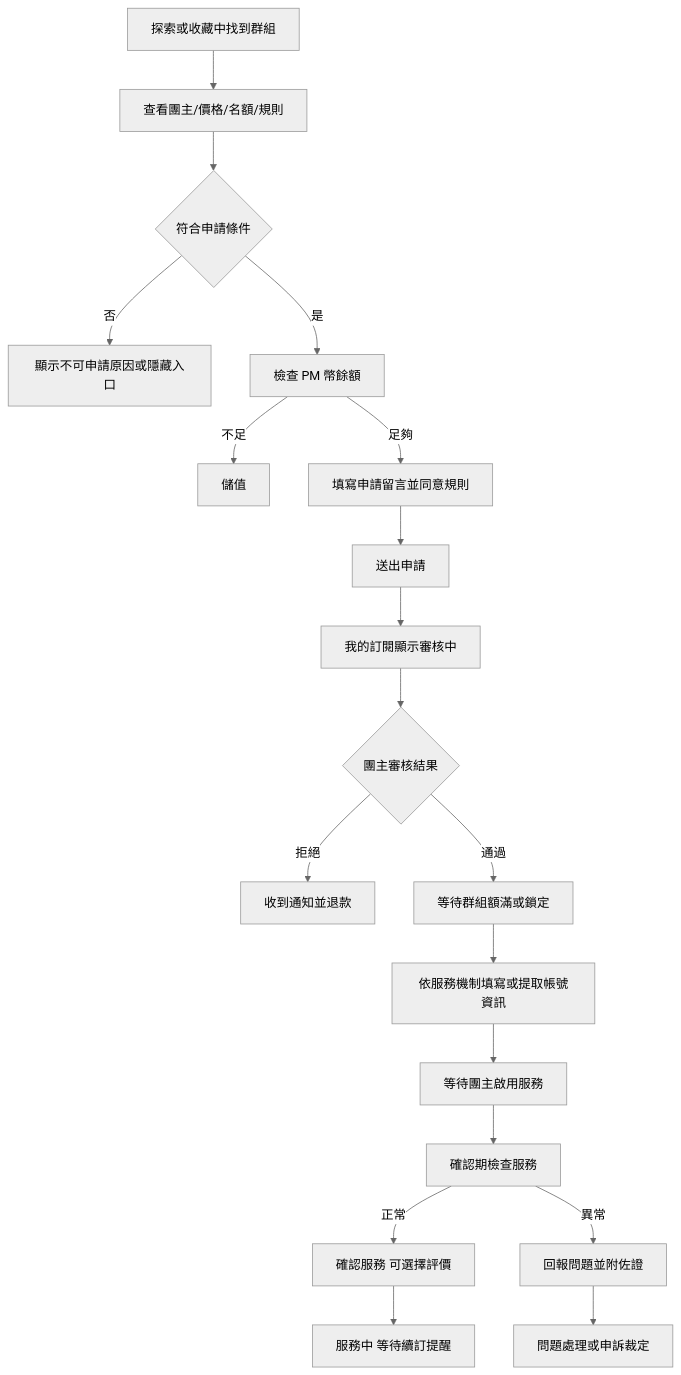
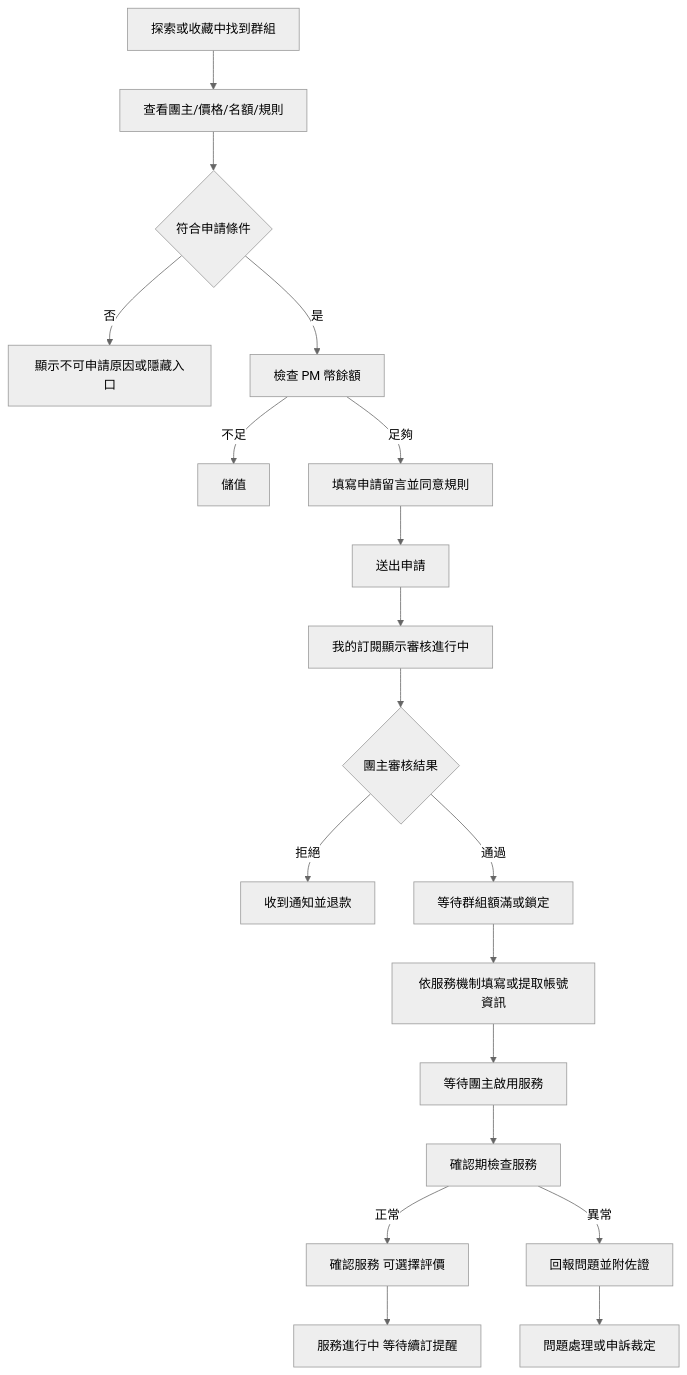
Before and after one commit to AndyChia0309/PartyMatch: the third of 8 diagrams in docs/uiux/user-flow-map.md, drawn with Mermaid (neutral theme). The commit also changed other lines of this file and 45 other files, not shown here.

````diff
--- a/docs/uiux/user-flow-map.md
+++ b/docs/uiux/user-flow-map.md
@@ -65,21 +65,21 @@
 ```mermaid
 flowchart TD
   A[探索或收藏中找到群組] --> B[查看團主/價格/名額/規則]
   B --> C{符合申請條件}
   C -->|否| D[顯示不可申請原因或隱藏入口]
   C -->|是| E[檢查 PM 幣餘額]
   E -->|不足| F[儲值]
   E -->|足夠| G[填寫申請留言並同意規則]
   G --> H[送出申請]
-  H --> I[我的訂閱顯示審核中]
+  H --> I[我的訂閱顯示審核進行中]
   I --> J{團主審核結果}
   J -->|拒絕| K[收到通知並退款]
   J -->|通過| L[等待群組額滿或鎖定]
   L --> M[依服務機制填寫或提取帳號資訊]
   M --> N[等待團主啟用服務]
   N --> O[確認期檢查服務]
   O -->|正常| P[確認服務 可選擇評價]
   O -->|異常| Q[回報問題並附佐證]
-  P --> R[服務中 等待續訂提醒]
+  P --> R[服務進行中 等待續訂提醒]
   Q --> S[問題處理或申訴裁定]
 ```
````
